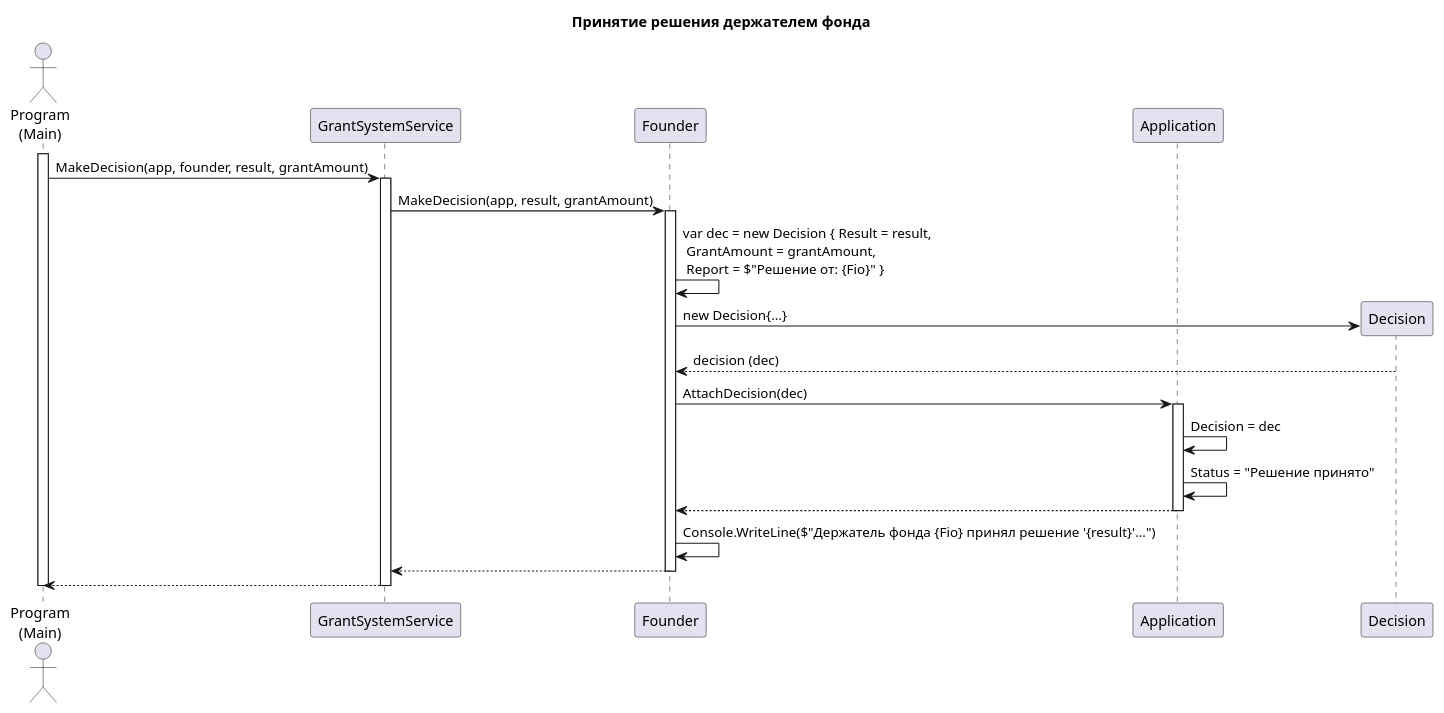
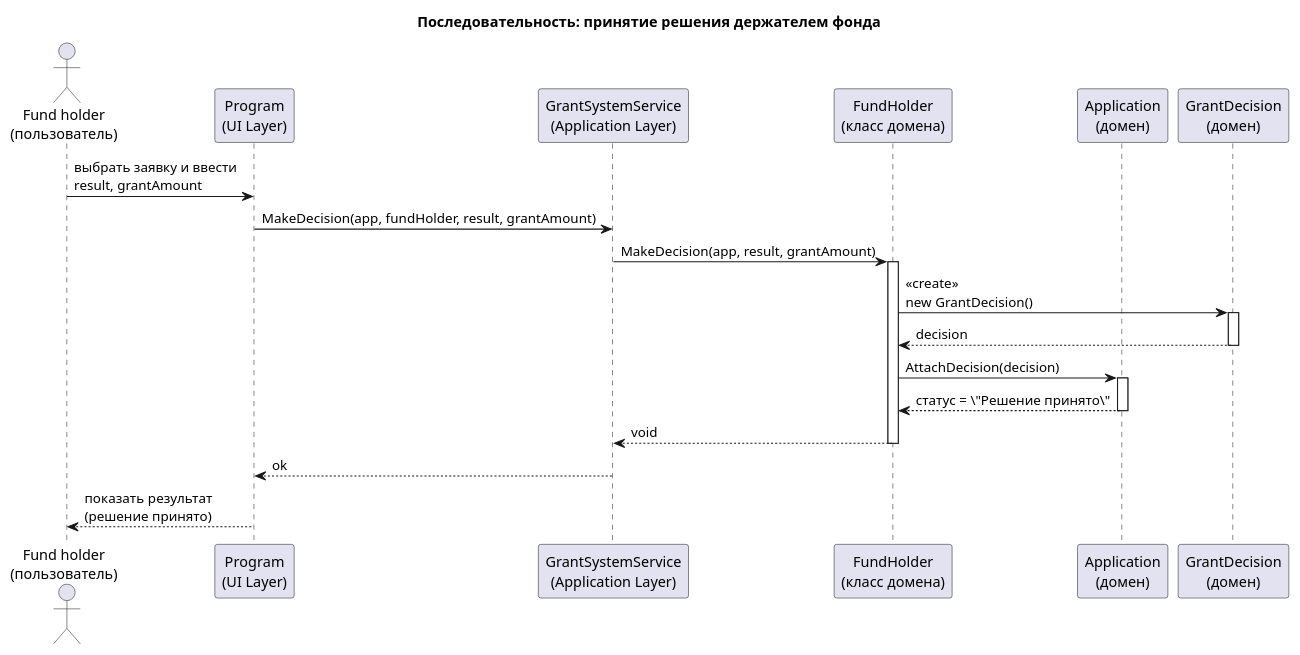
One commit to penamarth/bsbo-13-23_team2_var9_techexp changed the diagram in Прецеденты/Fund_Holder/make_decision.puml. Above: the diagram before and after it, drawn with PlantUML. The commit also changed 2 other files, not shown here.

Commit message:
Итогавая диграмма последовательности для держателя фонда

```diff
--- a/Прецеденты/Fund_Holder/make_decision.puml
+++ b/Прецеденты/Fund_Holder/make_decision.puml
@@ -2,39 +1,44 @@
 @startuml
-title Принятие решения держателем фонда
+title Последовательность: принятие решения держателем фонда
 
-actor "Program\n(Main)" as program
-participant "GrantSystemService" as service
-participant "Founder" as founder
-participant "Application" as app
-participant "Decision" as dec
+' Актёр - реальный пользователь (человек)
+actor "Fund holder\n(пользователь)" as FH
 
-activate program
+' Системные участники
+participant "Program\n(UI Layer)" as Program
+participant "GrantSystemService\n(Application Layer)" as Service
+participant "FundHolder\n(класс домена)" as FundHolder
+participant "Application\n(домен)" as App
+participant "GrantDecision\n(домен)" as Dec
 
-program -> service: MakeDecision(app, founder, result, grantAmount)
-activate service
+' 1. Пользователь-держатель фонда инициирует операцию
+FH -> Program : выбрать заявку и ввести\nresult, grantAmount
 
-service -> founder: MakeDecision(app, result, grantAmount)
-activate founder
+' 2. UI вызывает приложение-сервис
+Program -> Service : MakeDecision(app, fundHolder, result, grantAmount)
 
-founder -> founder: var dec = new Decision { Result = result,\n GrantAmount = grantAmount,\n Report = $"Решение от: {Fio}" }
-create dec
-founder -> dec: new Decision{...}
-dec --> founder: decision (dec)
+' 3. Application Layer делегирует доменному объекту FundHolder
+Service -> FundHolder : MakeDecision(app, result, grantAmount)
 
-founder -> app: AttachDecision(dec)
-activate app
-app -> app: Decision = dec
-app -> app: Status = "Решение принято"
-app --> founder
-deactivate app
+activate FundHolder
 
-founder -> founder: Console.WriteLine($"Держатель фонда {Fio} принял решение '{result}'...")
-founder --> service
-deactivate founder
+' 4. FundHolder создаёт доменный объект решения
+FundHolder -> Dec : <<create>>\nnew GrantDecision()
+activate Dec
+Dec --> FundHolder : decision
+deactivate Dec
 
-service --> program
-deactivate service
+' 5. FundHolder прикрепляет решение к заявке
+FundHolder -> App : AttachDecision(decision)
+activate App
+App --> FundHolder : статус = \"Решение принято\"
+deactivate App
 
-deactivate program
+FundHolder --> Service : void
+deactivate FundHolder
+
+' 6. Сервис сообщает UI об успешном завершении
+Service --> Program : ok
+Program --> FH : показать результат\n(решение принято)
 
 @enduml
```
